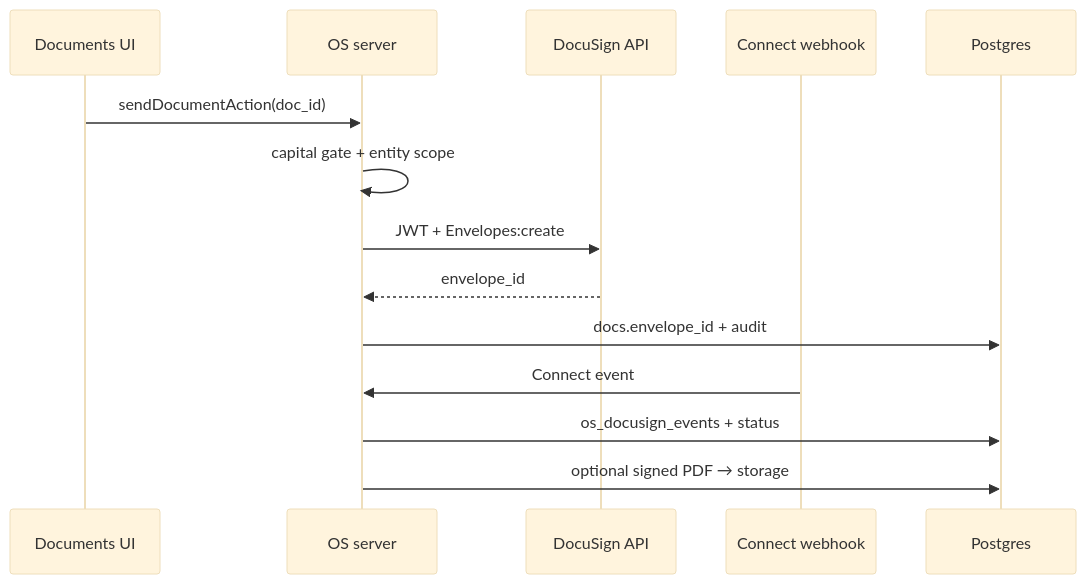
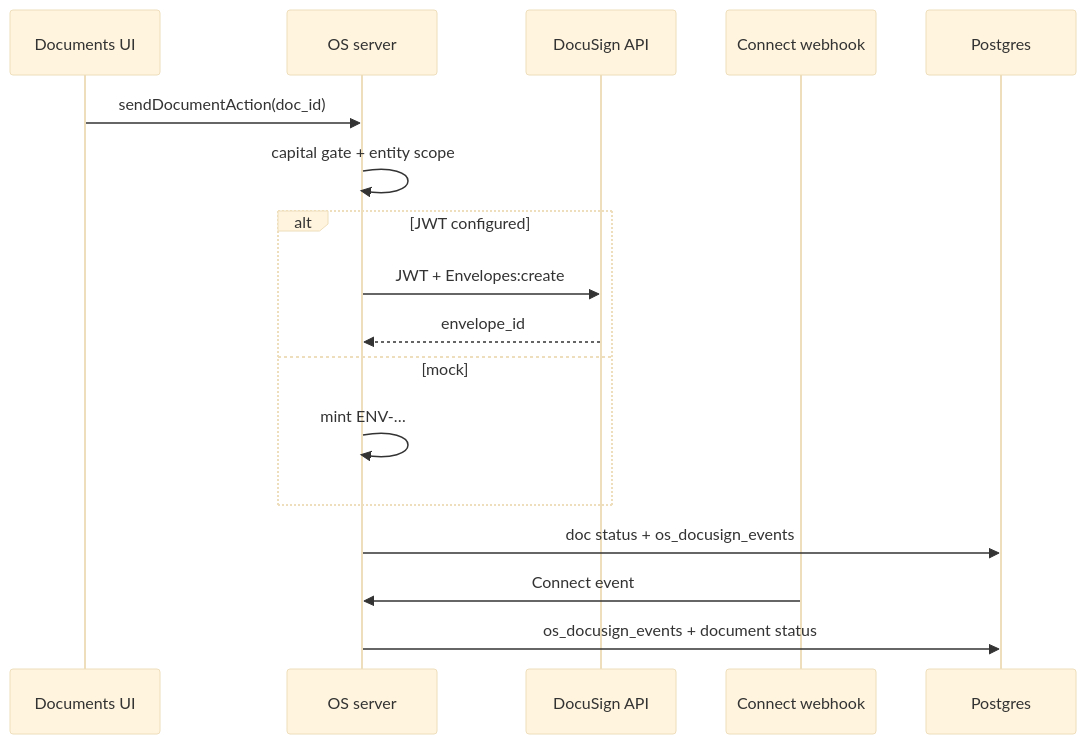
One commit to joshmonroe922-source/tagevc-sales changed the diagram in docs/OS_DOCUSIGN.md. Above: the diagram before and after it, drawn with Mermaid (base theme). The commit also changed other lines of this file and 27 other files, not shown here.

````diff
--- a/docs/OS_DOCUSIGN.md
+++ b/docs/OS_DOCUSIGN.md
@@ -36,17 +20,20 @@
 ```mermaid
 sequenceDiagram
   participant UI as Documents UI
   participant App as OS server
   participant DS as DocuSign API
   participant WH as Connect webhook
   participant DB as Postgres
 
   UI->>App: sendDocumentAction(doc_id)
   App->>App: capital gate + entity scope
-  App->>DS: JWT + Envelopes:create
-  DS-->>App: envelope_id
-  App->>DB: docs.envelope_id + audit
+  alt JWT configured
+    App->>DS: JWT + Envelopes:create
+    DS-->>App: envelope_id
+  else mock
+    App->>App: mint ENV-…
+  end
+  App->>DB: doc status + os_docusign_events
   WH->>App: Connect event
-  App->>DB: os_docusign_events + status
-  App->>DB: optional signed PDF → storage
+  App->>DB: os_docusign_events + document status
 ```
````
